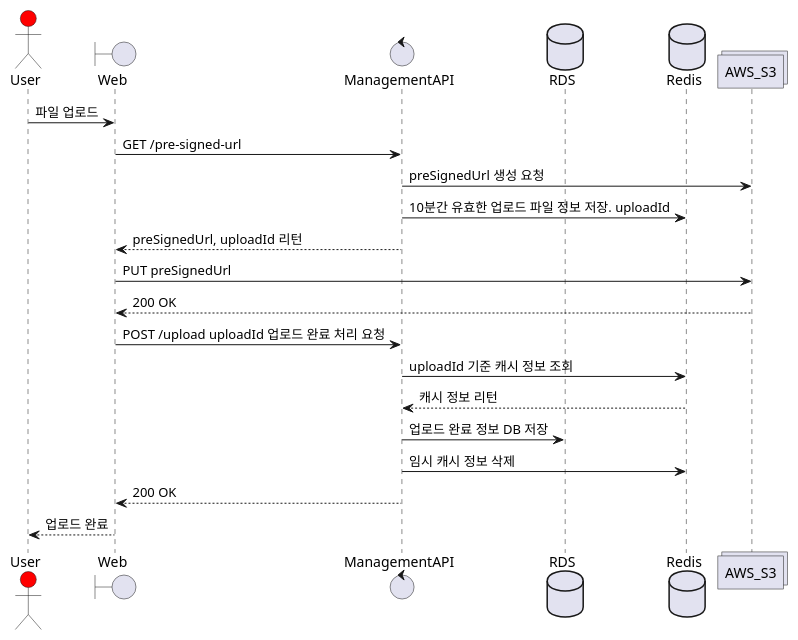
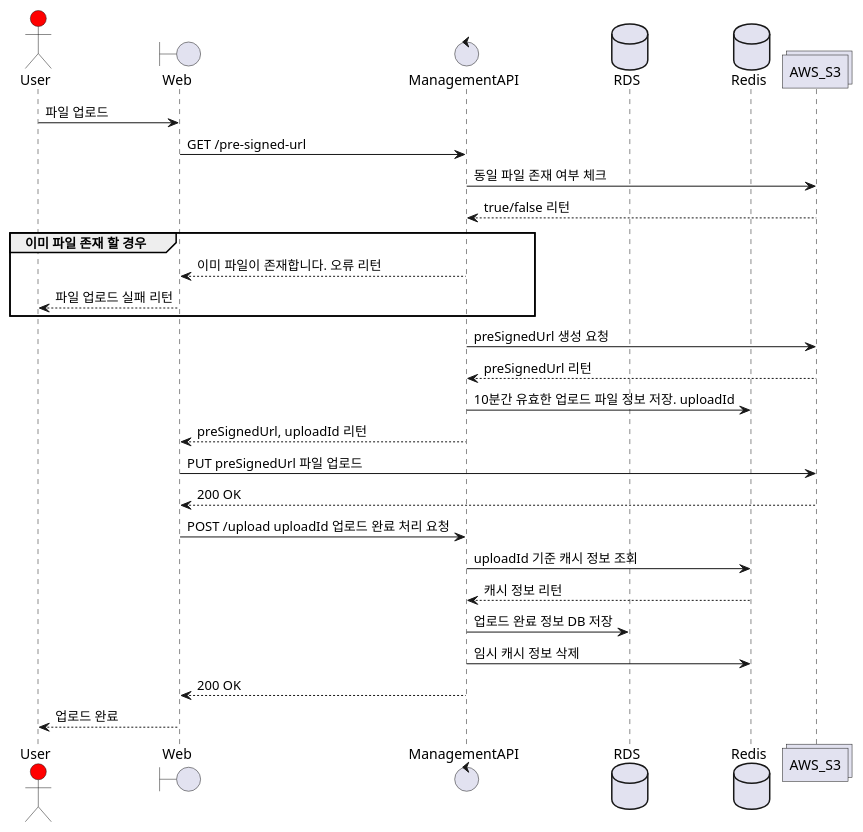
One commit to JeongSoonMin/documents changed the diagram in uml/fileUploadFlow.puml. Above: the diagram before and after it, drawn with PlantUML.

Commit message:
시퀀스다이어그램 내용 추가.

```diff
--- a/uml/fileUploadFlow.puml
+++ b/uml/fileUploadFlow.puml
@@ -1,24 +1,31 @@
 @startuml
 actor User #red
 boundary Web
 control ManagementAPI
 database RDS
 database Redis
 collections AWS_S3
 
 User -> Web : 파일 업로드
 Web -> ManagementAPI : GET /pre-signed-url
+ManagementAPI -> AWS_S3 : 동일 파일 존재 여부 체크
+AWS_S3 --> ManagementAPI : true/false 리턴
+group 이미 파일 존재 할 경우
+ManagementAPI --> Web : 이미 파일이 존재합니다. 오류 리턴
+Web --> User : 파일 업로드 실패 리턴
+end group
 ManagementAPI -> AWS_S3 : preSignedUrl 생성 요청
+AWS_S3 --> ManagementAPI : preSignedUrl 리턴
 ManagementAPI -> Redis : 10분간 유효한 업로드 파일 정보 저장. uploadId
 ManagementAPI --> Web : preSignedUrl, uploadId 리턴
-Web -> AWS_S3 : PUT preSignedUrl
+Web -> AWS_S3 : PUT preSignedUrl 파일 업로드
 AWS_S3 --> Web : 200 OK
 Web -> ManagementAPI : POST /upload uploadId 업로드 완료 처리 요청
 ManagementAPI -> Redis : uploadId 기준 캐시 정보 조회
 Redis --> ManagementAPI : 캐시 정보 리턴
 ManagementAPI -> RDS : 업로드 완료 정보 DB 저장
 ManagementAPI -> Redis : 임시 캐시 정보 삭제
 ManagementAPI --> Web : 200 OK
 Web --> User : 업로드 완료
 
 @enduml
```
